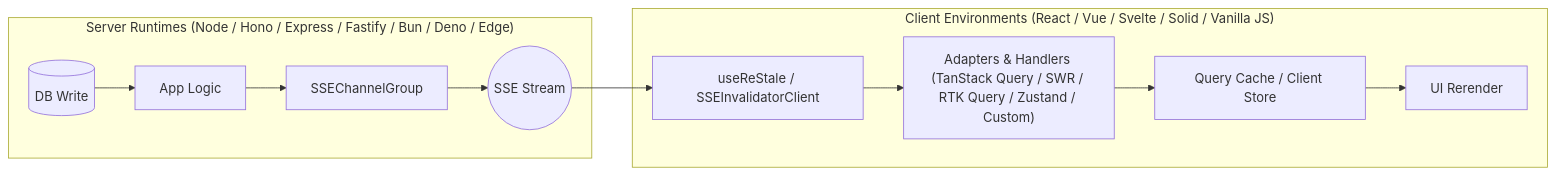
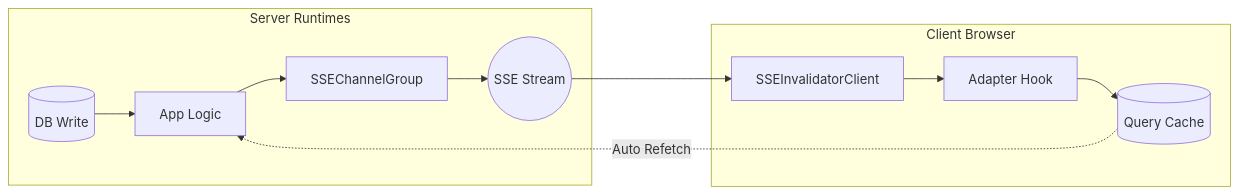
Before and after one commit to gerkim62/restale-kit: the diagram in README.md, drawn with Mermaid. The commit also changed other lines of this file and 15 other files, not shown here.

````diff
--- a/README.md
+++ b/README.md
@@ -17,14 +15,15 @@
 ```mermaid
 flowchart LR
-    subgraph Server ["Server Runtimes (Node / Hono / Express / Fastify / Bun / Deno / Edge)"]
+    subgraph Server ["Server Runtimes"]
         db[(DB Write)] --> app[App Logic]
         app --> group[SSEChannelGroup]
-        group --> wire((SSE Stream))
+        group --> stream((SSE Stream))
     end
-    subgraph Client ["Client Environments (React / Vue / Svelte / Solid / Vanilla JS)"]
-        wire --> client[useReStale / SSEInvalidatorClient]
-        client --> adapter["Adapters & Handlers (TanStack Query / SWR / RTK Query / Zustand / Custom)"]
-        adapter --> cache["Query Cache / Client Store"]
-        cache --> ui[UI Rerender]
+
+    subgraph Client ["Client Browser"]
+        stream --> client[SSEInvalidatorClient]
+        client --> adapter[Adapter Hook]
+        adapter --> cache[(Query Cache)]
+        cache -. Auto Refetch .-> app
     end
 ```
````
